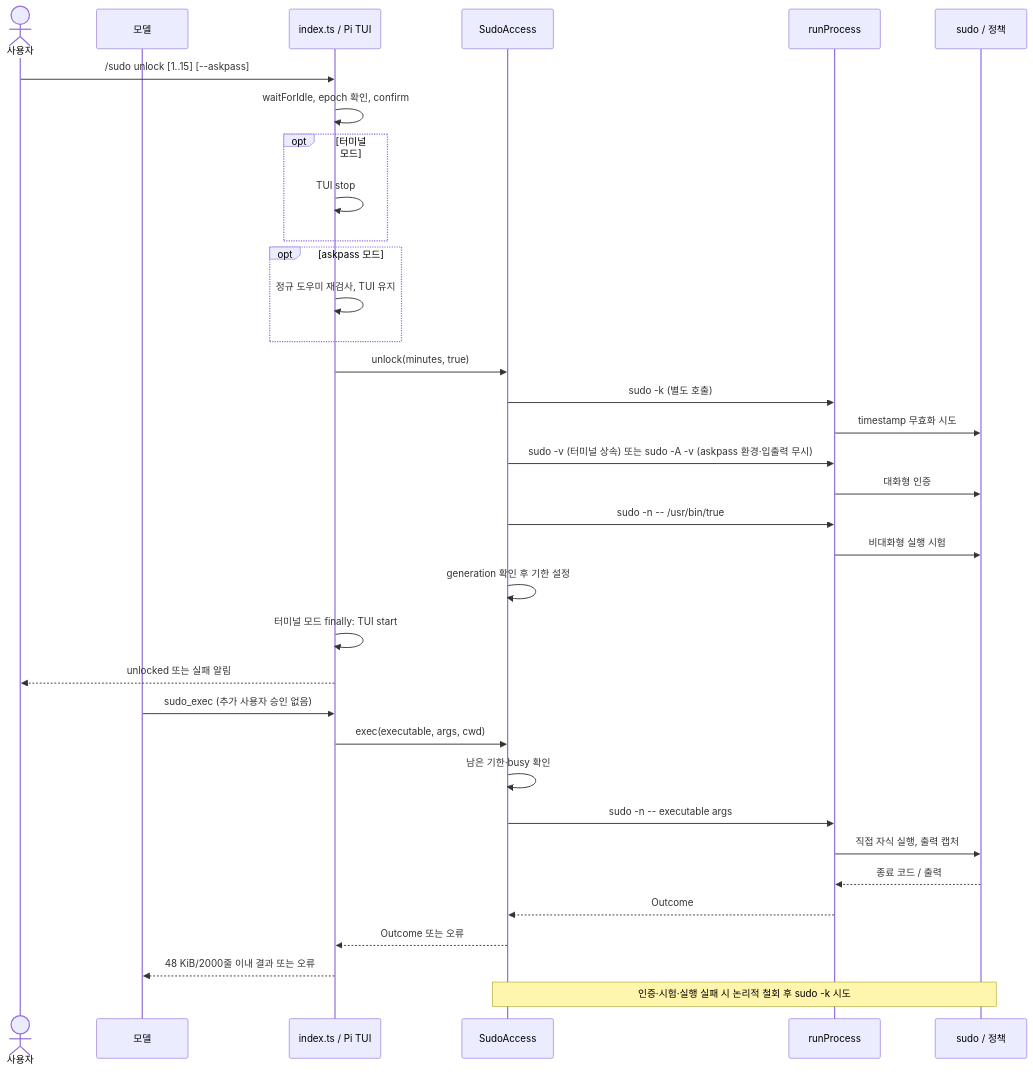
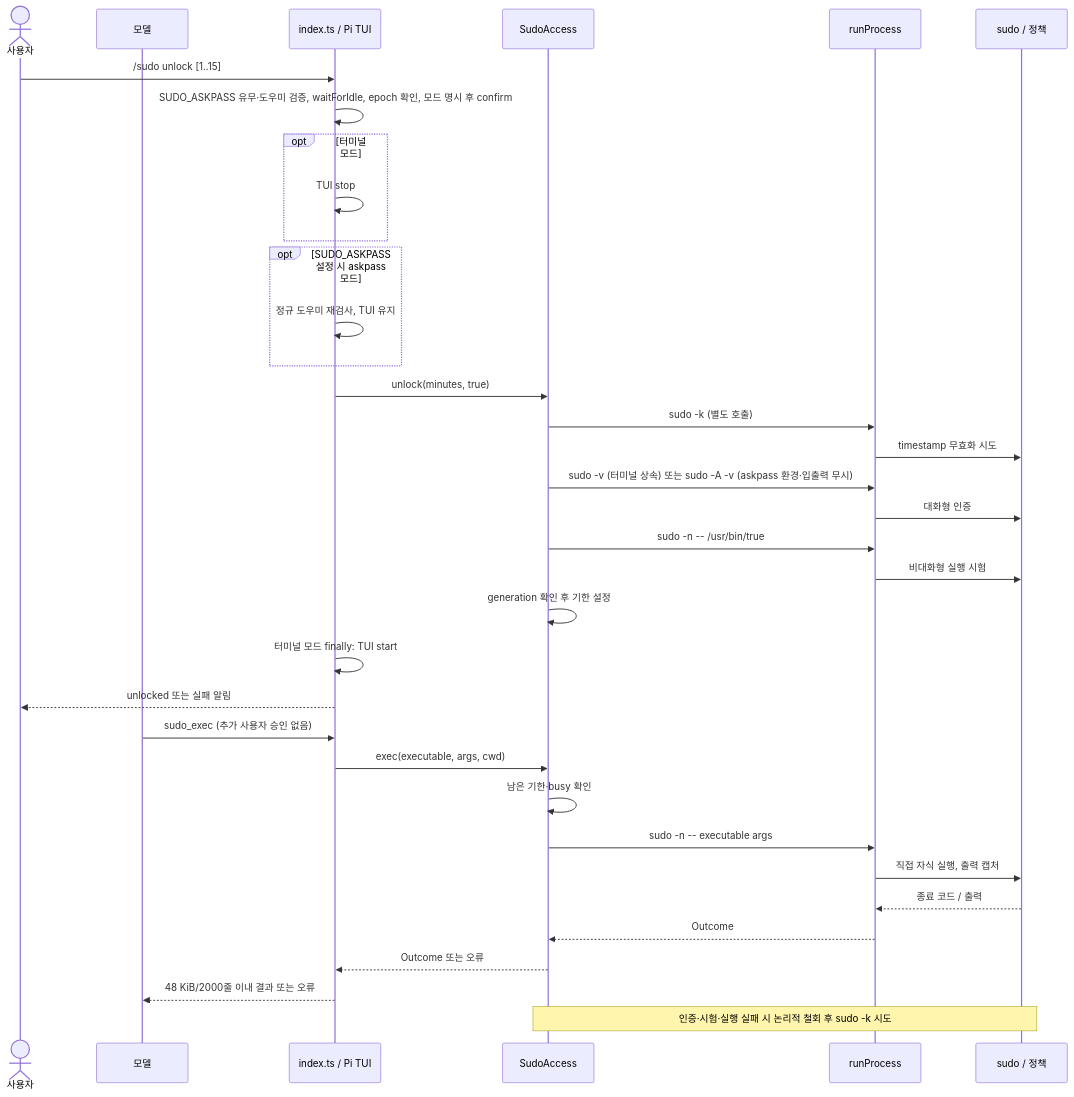
The diagram in docs/diagram/auth-exec.mmd (spi-ca/pi-sudo), drawn with Mermaid before and after one commit. The commit also changed 18 other files, not shown here.

Commit message:
feat: stream sudo output and auto-select trusted askpass

```diff
--- a/docs/diagram/auth-exec.mmd
+++ b/docs/diagram/auth-exec.mmd
@@ -1,35 +1,35 @@
 sequenceDiagram
     actor User as 사용자
     participant Model as 모델
     participant Entry as index.ts / Pi TUI
     participant Access as SudoAccess
     participant Proc as runProcess
     participant OS as sudo / 정책
-    User->>Entry: /sudo unlock [1..15] [--askpass]
-    Entry->>Entry: waitForIdle, epoch 확인, confirm
+    User->>Entry: /sudo unlock [1..15]
+    Entry->>Entry: SUDO_ASKPASS 유무·도우미 검증, waitForIdle, epoch 확인, 모드 명시 후 confirm
     opt 터미널 모드
         Entry->>Entry: TUI stop
     end
-    opt askpass 모드
+    opt SUDO_ASKPASS 설정 시 askpass 모드
         Entry->>Entry: 정규 도우미 재검사, TUI 유지
     end
     Entry->>Access: unlock(minutes, true)
     Access->>Proc: sudo -k (별도 호출)
     Proc->>OS: timestamp 무효화 시도
     Access->>Proc: sudo -v (터미널 상속) 또는 sudo -A -v (askpass 환경·입출력 무시)
     Proc->>OS: 대화형 인증
     Access->>Proc: sudo -n -- /usr/bin/true
     Proc->>OS: 비대화형 실행 시험
     Access->>Access: generation 확인 후 기한 설정
     Entry->>Entry: 터미널 모드 finally: TUI start
     Entry-->>User: unlocked 또는 실패 알림
     Model->>Entry: sudo_exec (추가 사용자 승인 없음)
     Entry->>Access: exec(executable, args, cwd)
     Access->>Access: 남은 기한·busy 확인
     Access->>Proc: sudo -n -- executable args
     Proc->>OS: 직접 자식 실행, 출력 캡처
     OS-->>Proc: 종료 코드 / 출력
     Proc-->>Access: Outcome
     Access-->>Entry: Outcome 또는 오류
     Entry-->>Model: 48 KiB/2000줄 이내 결과 또는 오류
     Note over Access,OS: 인증·시험·실행 실패 시 논리적 철회 후 sudo -k 시도
```
